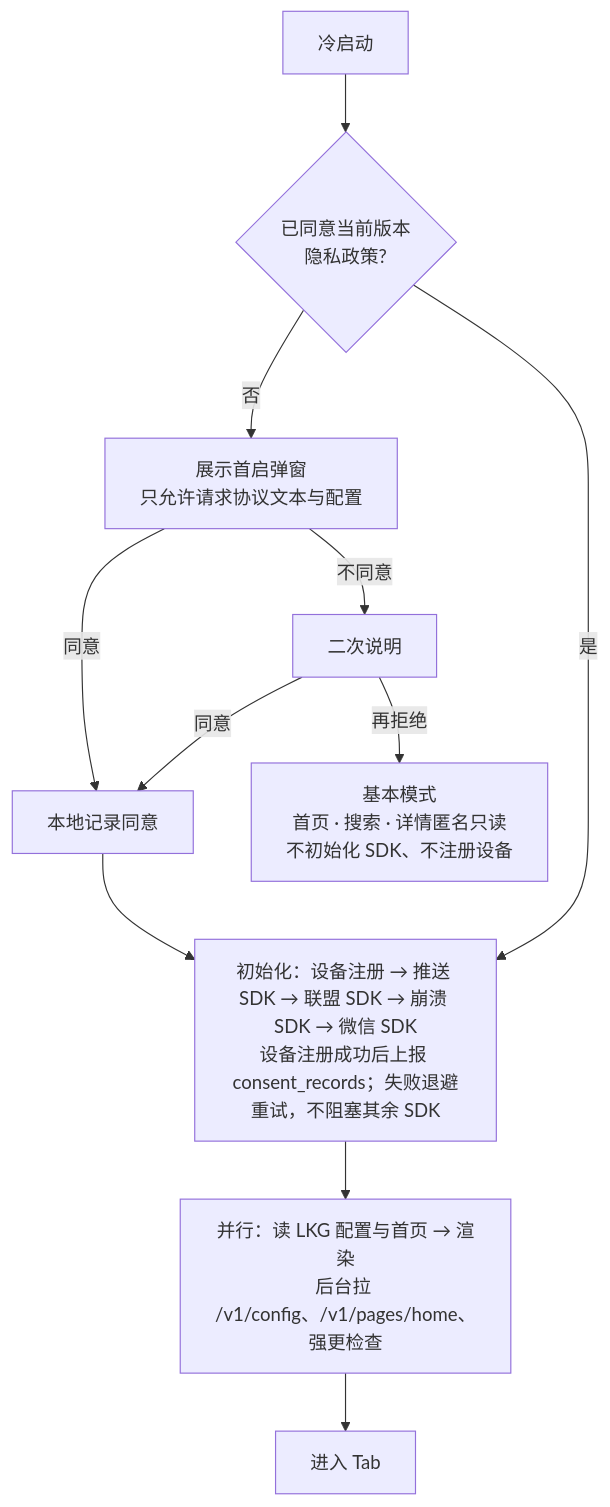
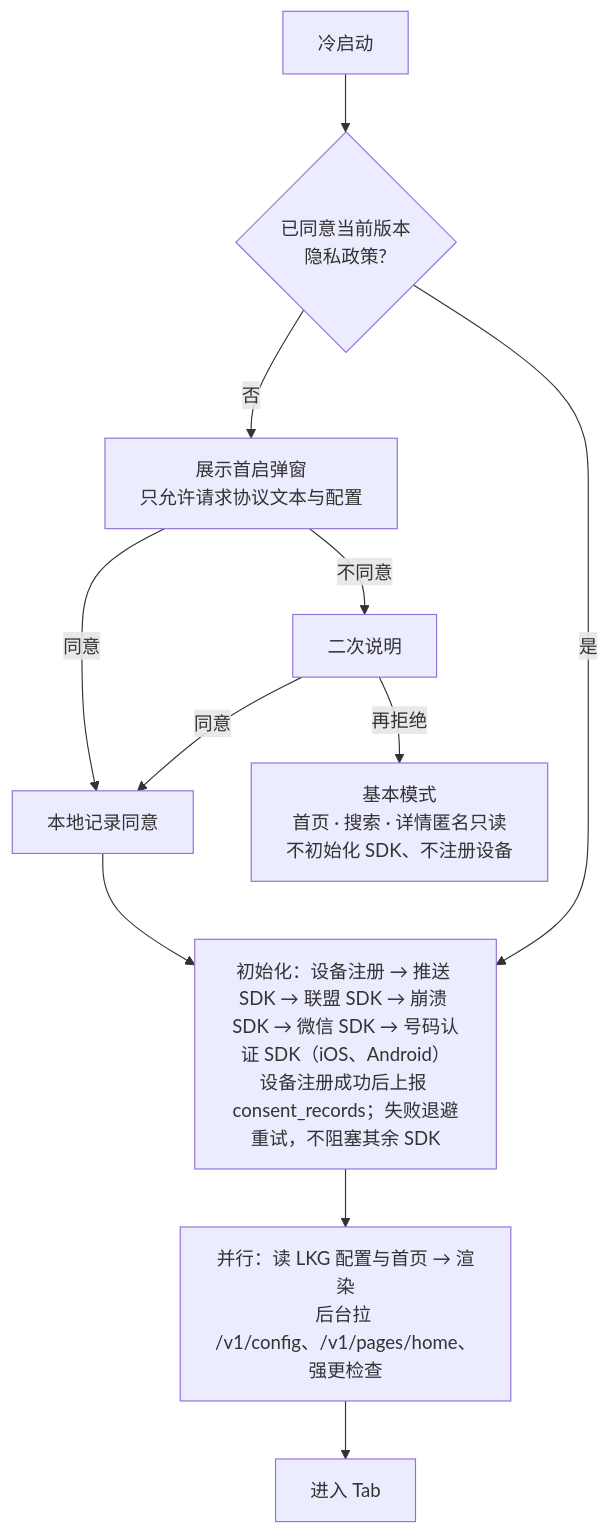
One commit to zora4523-bot/couli changed the second of 3 diagrams in 规划/03_前端架构.md. Above: the diagram before and after it, drawn with Mermaid. The commit also changed other lines of this file and 18 other files, not shown here.

````diff
--- a/规划/03_前端架构.md
+++ b/规划/03_前端架构.md
@@ -293,13 +296,13 @@
 ```mermaid
 flowchart TD
   A[冷启动] --> B{已同意当前版本<br/>隐私政策?}
   B -->|否| C[展示首启弹窗<br/>只允许请求协议文本与配置]
   C -->|同意| D[本地记录同意]
   C -->|不同意| C2[二次说明]
   C2 -->|同意| D
   C2 -->|再拒绝| BM[基本模式<br/>首页 · 搜索 · 详情匿名只读<br/>不初始化 SDK、不注册设备]
   B -->|是| E
-  D --> E[初始化：设备注册 → 推送 SDK → 联盟 SDK → 崩溃 SDK → 微信 SDK<br/>设备注册成功后上报 consent_records；失败退避重试，不阻塞其余 SDK]
+  D --> E[初始化：设备注册 → 推送 SDK → 联盟 SDK → 崩溃 SDK → 微信 SDK → 号码认证 SDK（iOS、Android）<br/>设备注册成功后上报 consent_records；失败退避重试，不阻塞其余 SDK]
   E --> F[并行：读 LKG 配置与首页 → 渲染<br/>后台拉 /v1/config、/v1/pages/home、强更检查]
   F --> G[进入 Tab]
 ```
````
